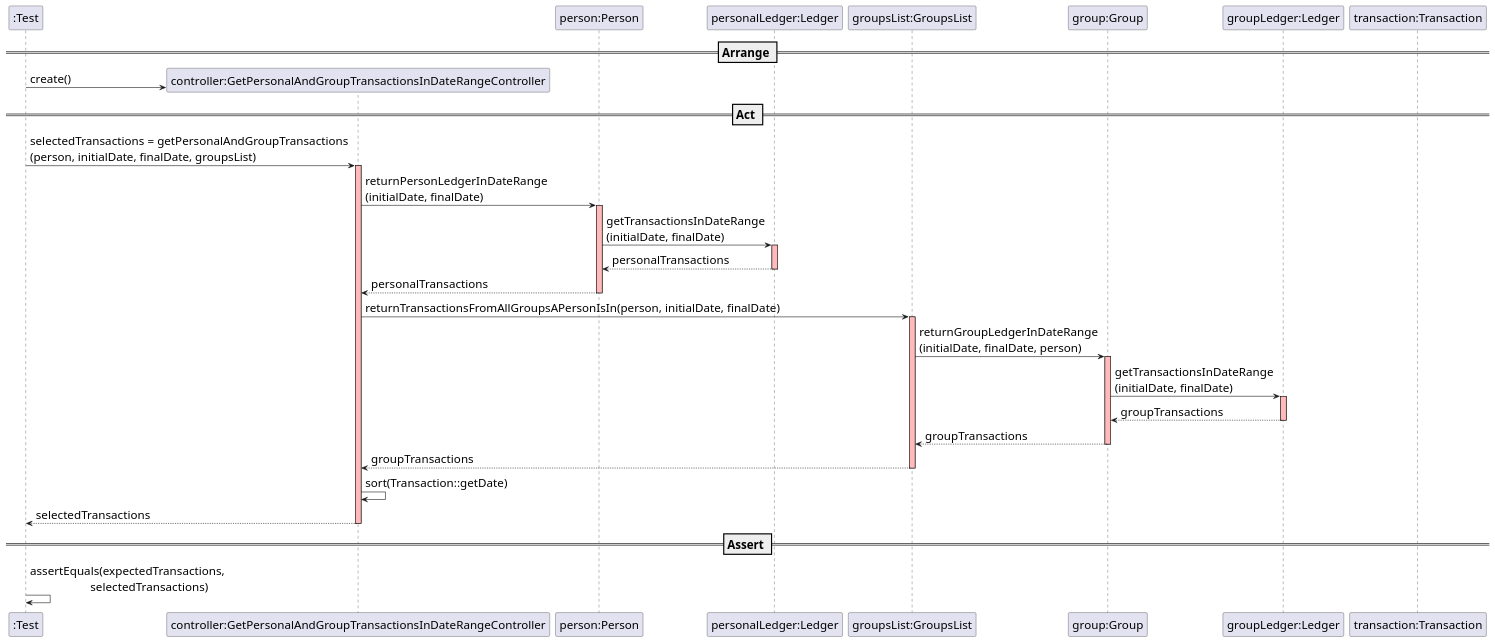
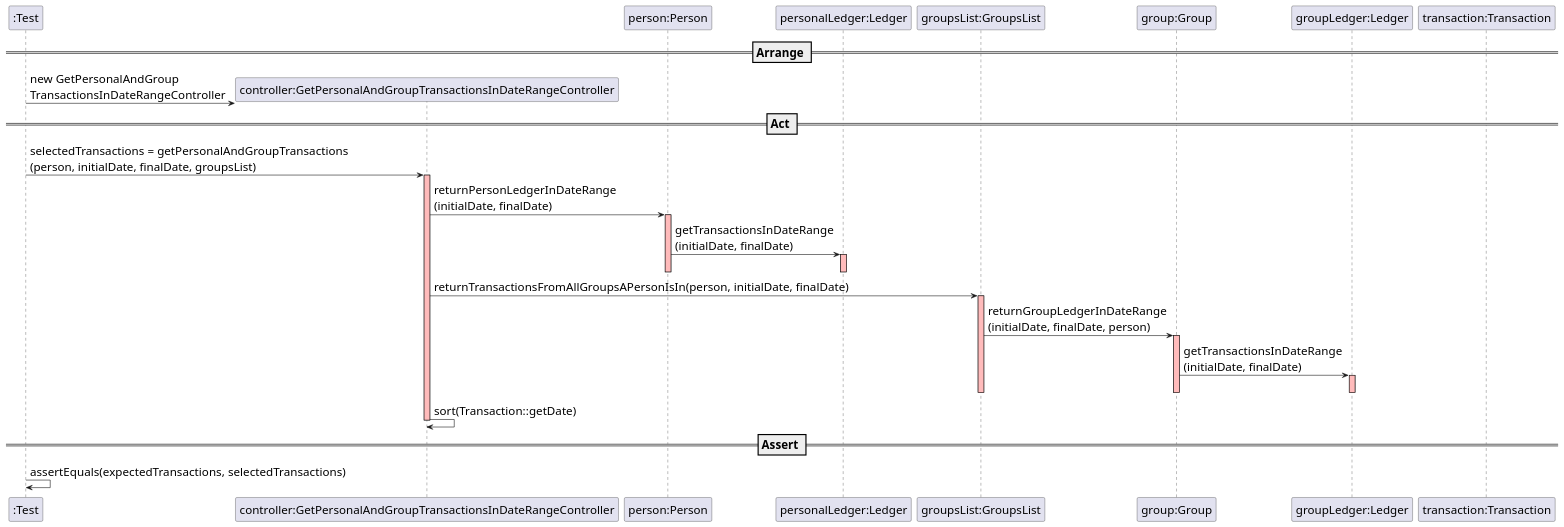
Before and after one commit to mleitaoribeiro/DevOpsMaven: the diagram in docs/SequenceDiagram - US019.puml, drawn with PlantUML. The commit also changed 1 other file, not shown here.

```diff
--- a/docs/SequenceDiagram - US019.puml
+++ b/docs/SequenceDiagram - US019.puml
@@ -1,50 +1,48 @@
 @startuml
 skinparam DefaultFontSize 20
 participant ":Test"
+
 == Arrange ==
 
 create "controller:GetPersonalAndGroupTransactionsInDateRangeController"
-":Test" -> "controller:GetPersonalAndGroupTransactionsInDateRangeController" : create()
+":Test" -> "controller:GetPersonalAndGroupTransactionsInDateRangeController" : new GetPersonalAndGroup\nTransactionsInDateRangeController
 
 participant "person:Person"
 participant "personalLedger:Ledger"
 participant "groupsList:GroupsList"
 participant "group:Group"
 participant "groupLedger:Ledger"
 participant "transaction:Transaction"
 
 == Act ==
 
 ":Test" -> "controller:GetPersonalAndGroupTransactionsInDateRangeController" : selectedTransactions = getPersonalAndGroupTransactions\n(person, initialDate, finalDate, groupsList)
 activate "controller:GetPersonalAndGroupTransactionsInDateRangeController" #FFBBBB
 
 "controller:GetPersonalAndGroupTransactionsInDateRangeController" -> "person:Person" : returnPersonLedgerInDateRange\n(initialDate, finalDate)
 activate "person:Person" #FFBBBB
 "person:Person" -> "personalLedger:Ledger" : getTransactionsInDateRange\n(initialDate, finalDate)
 activate "personalLedger:Ledger" #FFBBBB
-"personalLedger:Ledger" --> "person:Person" : personalTransactions
+
 deactivate "personalLedger:Ledger" #FFBBBB
-"person:Person" --> "controller:GetPersonalAndGroupTransactionsInDateRangeController" : personalTransactions
 deactivate "person:Person"
 
 "controller:GetPersonalAndGroupTransactionsInDateRangeController" -> "groupsList:GroupsList" : returnTransactionsFromAllGroupsAPersonIsIn(person, initialDate, finalDate)
 activate "groupsList:GroupsList" #FFBBBB
 "groupsList:GroupsList" -> "group:Group" : returnGroupLedgerInDateRange\n(initialDate, finalDate, person)
 activate "group:Group" #FFBBBB
 "group:Group" -> "groupLedger:Ledger" : getTransactionsInDateRange\n(initialDate, finalDate)
 activate "groupLedger:Ledger" #FFBBBB
-"groupLedger:Ledger" --> "group:Group" : groupTransactions
+
 deactivate "groupLedger:Ledger" #FFBBBB
-"group:Group" --> "groupsList:GroupsList" : groupTransactions
 deactivate "group:Group"
-"groupsList:GroupsList" --> "controller:GetPersonalAndGroupTransactionsInDateRangeController" : groupTransactions
 deactivate "groupsList:GroupsList"
+
 "controller:GetPersonalAndGroupTransactionsInDateRangeController" -> "controller:GetPersonalAndGroupTransactionsInDateRangeController": sort(Transaction::getDate)
-"controller:GetPersonalAndGroupTransactionsInDateRangeController" --> ":Test" : selectedTransactions
 deactivate "controller:GetPersonalAndGroupTransactionsInDateRangeController" #FFBBBB
 
 == Assert ==
 
-":Test" -> ":Test" : assertEquals(expectedTransactions, \n                    selectedTransactions)
+":Test" -> ":Test" : assertEquals(expectedTransactions, selectedTransactions)
 
 @enduml
```
